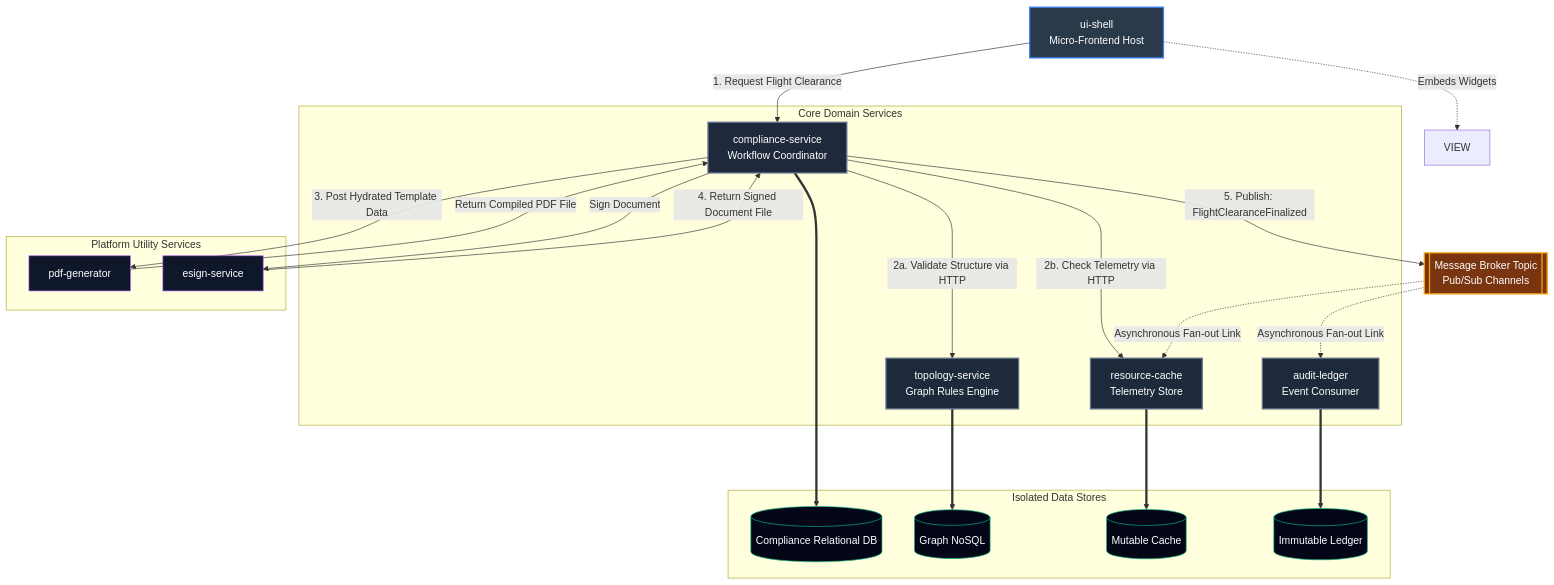
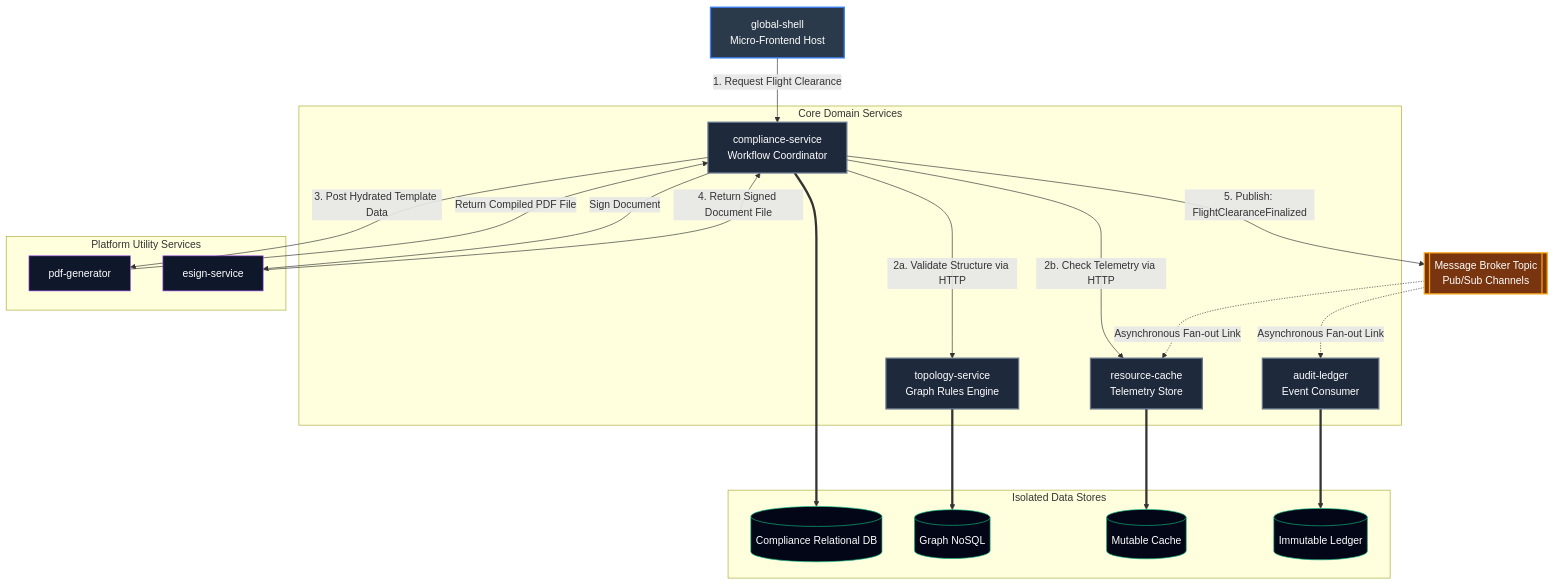
Before and after one commit to Brickwall72/distributed-systems-architecture-portfolio: the diagram in README.md, drawn with Mermaid. The commit also changed other lines of this file and 6 other files, not shown here.

Commit message:
chore(global-shell): dual-config runtime alignment for containerization and local execution (#67)

````diff
--- a/README.md
+++ b/README.md
@@ -12,57 +12,56 @@
 ```mermaid
 graph TD
 	%% Define Styles for Aerospace theme
 	classDef ui fill:#2b3a4a,stroke:#3b82f6,stroke-width:2px,color:#fff;
 	classDef core fill:#1e293b,stroke:#64748b,stroke-width:2px,color:#fff;
 	classDef platform fill:#0f172a,stroke:#a855f7,stroke-width:1px,color:#fff;
 	classDef database fill:#020617,stroke:#10b981,stroke-width:1px,color:#fff;
 	classDef broker fill:#78350f,stroke:#f59e0b,stroke-width:2px,color:#fff;
 
 	%% Elements
-	UI[ui-shell <br> Micro-Frontend Host]:::ui
+	UI[global-shell <br> Micro-Frontend Host]:::ui
 	
 	subgraph Core Domain Services [Core Domain Services]
 		COMP[compliance-service <br> Workflow Coordinator]:::core
 		TOPO[topology-service <br> Graph Rules Engine]:::core
 		CACHE[resource-cache <br> Telemetry Store]:::core
 		LEDGER[audit-ledger <br> Event Consumer]:::core
 	end
 
 	subgraph Platform Utilities [Platform Utility Services]
 		PDF[pdf-generator]:::platform
 		SIGN[esign-service]:::platform
 	end
 
 	subgraph Storage Layer [Isolated Data Stores]
 		DB_C[(Compliance Relational DB)]:::database
 		DB_G[(Graph NoSQL)]:::database
 		DB_M[(Mutable Cache)]:::database
 		DB_I[(Immutable Ledger)]:::database
 	end
 
 	MB[[Message Broker Topic <br> Pub/Sub Channels]]:::broker
 
 	%% Parallel Validation Interactions
 	UI -->|1. Request Flight Clearance| COMP
-	UI -.->|Embeds Widgets| VIEW
 	
 	COMP -->|2a. Validate Structure via HTTP | TOPO
 	COMP -->|2b. Check Telemetry via HTTP | CACHE
 	
 	TOPO ===> DB_G
 	CACHE ===> DB_M
 	
 	%% Document Execution Loop
 	COMP -->|3. Post Hydrated Template Data| PDF
 	PDF -->|Return Compiled PDF File| COMP
 	COMP -->|Sign Document| SIGN
 	SIGN -->|4. Return Signed Document File| COMP
 	COMP ===> DB_C
 	
 	%% Async Pub/Sub Broadcast Loop
 	COMP -->|5. Publish: FlightClearanceFinalized| MB
 	MB -.->|Asynchronous Fan-out Link| CACHE
 	MB -.->|Asynchronous Fan-out Link| LEDGER
 	
 	LEDGER ===> DB_I
 ```
````
